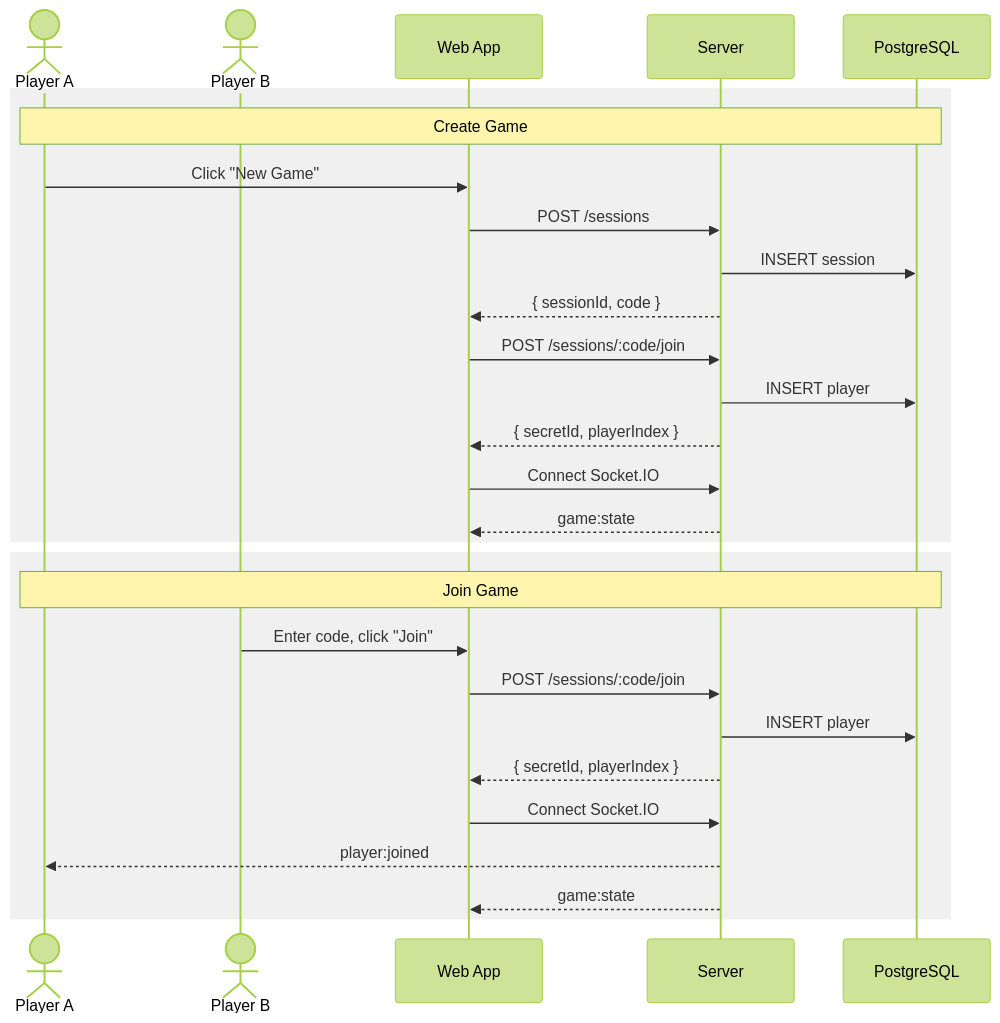
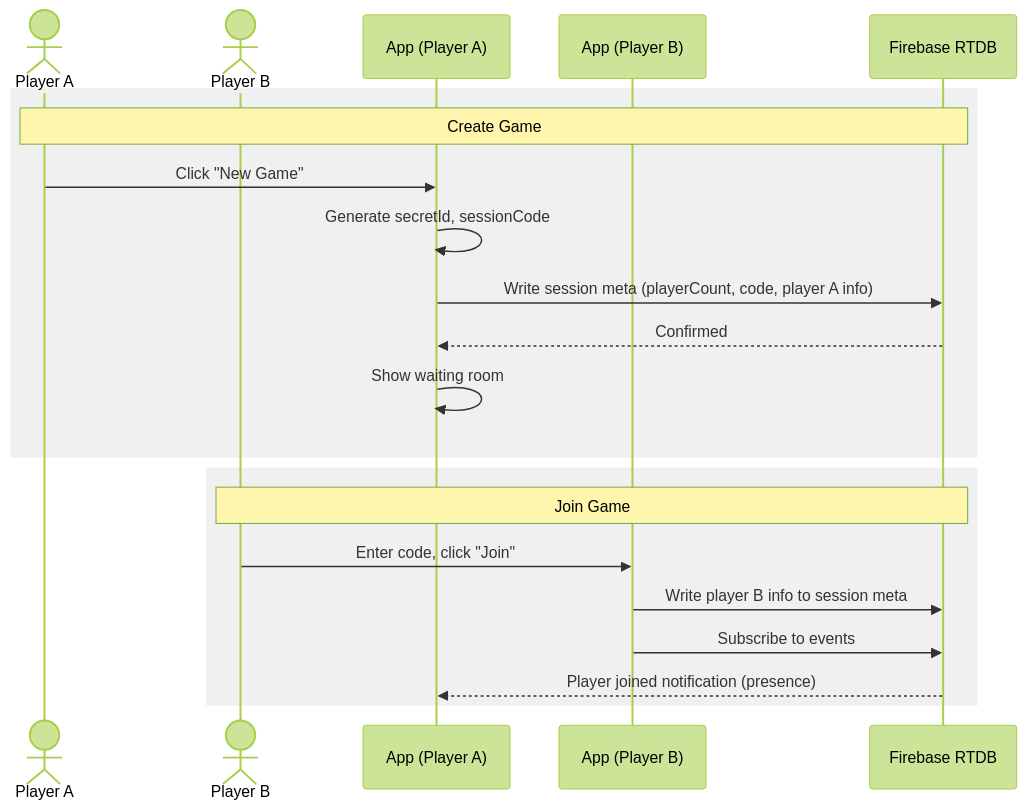
One commit to deglerj/dabb changed the first of 6 diagrams in docs/arc42/06-runtime-view.md. Above: the diagram before and after it, drawn with Mermaid (forest theme). The commit also changed other lines of this file and 18 other files, not shown here.

First line of the commit message:
docs: update docs for Firebase P2P architecture

````diff
--- a/docs/arc42/06-runtime-view.md
+++ b/docs/arc42/06-runtime-view.md
@@ -5,32 +5,25 @@
 ```mermaid
 sequenceDiagram
     actor playerA as Player A
     actor playerB as Player B
-    participant web as Web App
-    participant server as Server
-    participant db as PostgreSQL
+    participant appA as App (Player A)
+    participant appB as App (Player B)
+    participant firebase as Firebase RTDB
 
     rect rgb(240, 240, 240)
-        Note over playerA, db: Create Game
-        playerA->>web: Click "New Game"
-        web->>server: POST /sessions
-        server->>db: INSERT session
-        server-->>web: { sessionId, code }
-        web->>server: POST /sessions/:code/join
-        server->>db: INSERT player
-        server-->>web: { secretId, playerIndex }
-        web->>server: Connect Socket.IO
-        server-->>web: game:state
+        Note over playerA, firebase: Create Game
+        playerA->>appA: Click "New Game"
+        appA->>appA: Generate secretId, sessionCode
+        appA->>firebase: Write session meta (playerCount, code, player A info)
+        firebase-->>appA: Confirmed
+        appA->>appA: Show waiting room
     end
 
     rect rgb(240, 240, 240)
-        Note over playerA, db: Join Game
-        playerB->>web: Enter code, click "Join"
-        web->>server: POST /sessions/:code/join
-        server->>db: INSERT player
-        server-->>web: { secretId, playerIndex }
-        web->>server: Connect Socket.IO
-        server-->>playerA: player:joined
-        server-->>web: game:state
+        Note over playerB, firebase: Join Game
+        playerB->>appB: Enter code, click "Join"
+        appB->>firebase: Write player B info to session meta
+        appB->>firebase: Subscribe to events
+        firebase-->>appA: Player joined notification (presence)
     end
 ```
````
